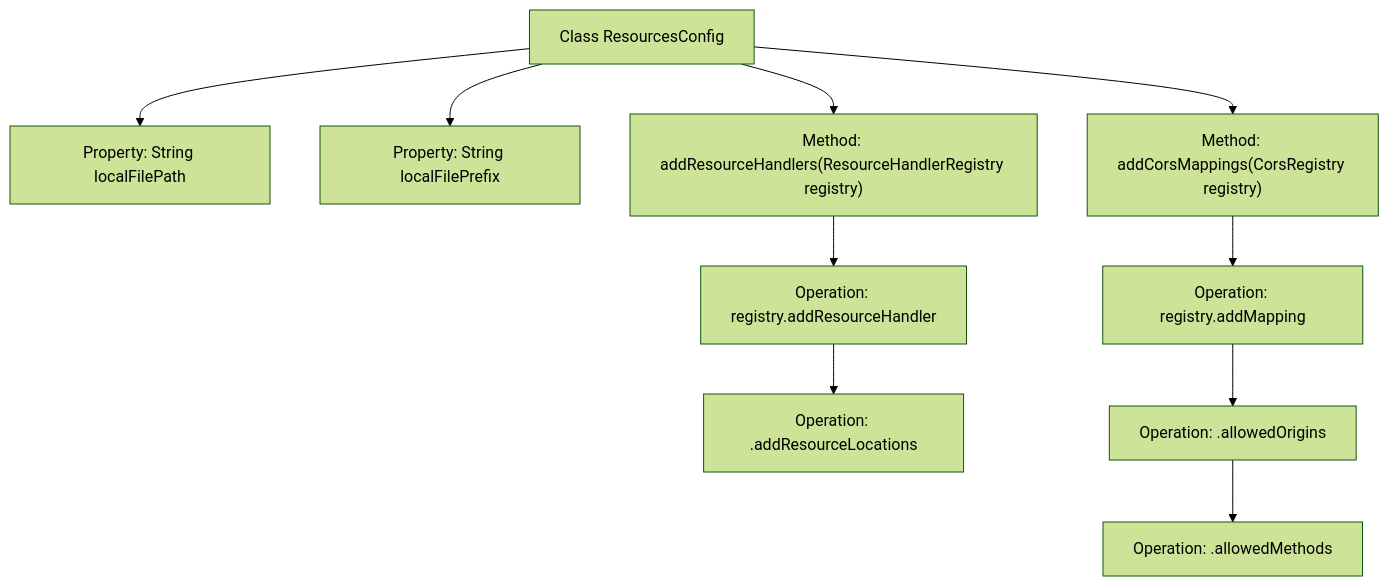
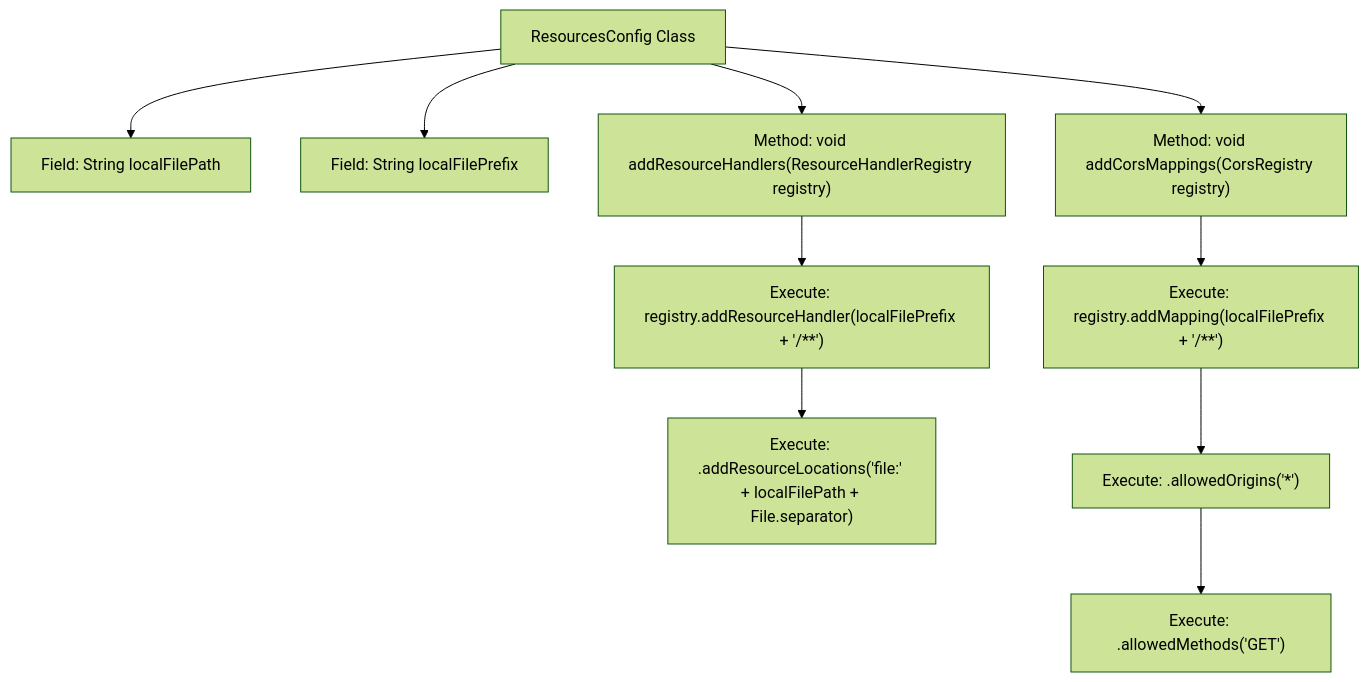
The second of 2 diagrams in docs/en/docs/src/main/java/com/github/binarywang/demo/wx/miniapp/config/ResourcesConfig.md (v-wjrong/imrrong_weixin-java-miniapp-demo), drawn with Mermaid (forest theme) before and after one commit. The commit also changed other lines of this file and 51 other files, not shown here.

````diff
--- a/docs/en/docs/src/main/java/com/github/binarywang/demo/wx/miniapp/config/ResourcesConfig.md
+++ b/docs/en/docs/src/main/java/com/github/binarywang/demo/wx/miniapp/config/ResourcesConfig.md
@@ -62,23 +81,20 @@
 ```mermaid
 graph TD
-    A["Class ResourcesConfig"]
-    B["Property: String localFilePath"]
-    C["Property: String localFilePrefix"]
-    D["Method: addResourceHandlers(ResourceHandlerRegistry registry)"]
-    E["Method: addCorsMappings(CorsRegistry registry)"]
-    F["Operation: registry.addResourceHandler"]
-    G["Operation: .addResourceLocations"]
-    H["Operation: registry.addMapping"]
-    I["Operation: .allowedOrigins"]
-    J["Operation: .allowedMethods"]
-
+    A["ResourcesConfig Class"]
+    B["Field: String localFilePath"]
+    C["Field: String localFilePrefix"]
+    D["Method: void addResourceHandlers(ResourceHandlerRegistry registry)"]
+    E["Method: void addCorsMappings(CorsRegistry registry)"]
+    
     A --> B
     A --> C
     A --> D
     A --> E
-    D --> F
-    F --> G
-    E --> H
-    H --> I
-    I --> J
+    
+    D --> F["Execute: registry.addResourceHandler(localFilePrefix + '/**')"]
+    F --> G["Execute: .addResourceLocations('file:' + localFilePath + File.separator)"]
+    
+    E --> H["Execute: registry.addMapping(localFilePrefix + '/**')"]
+    H --> I["Execute: .allowedOrigins('*')"]
+    I --> J["Execute: .allowedMethods('GET')"]
 ```
````
